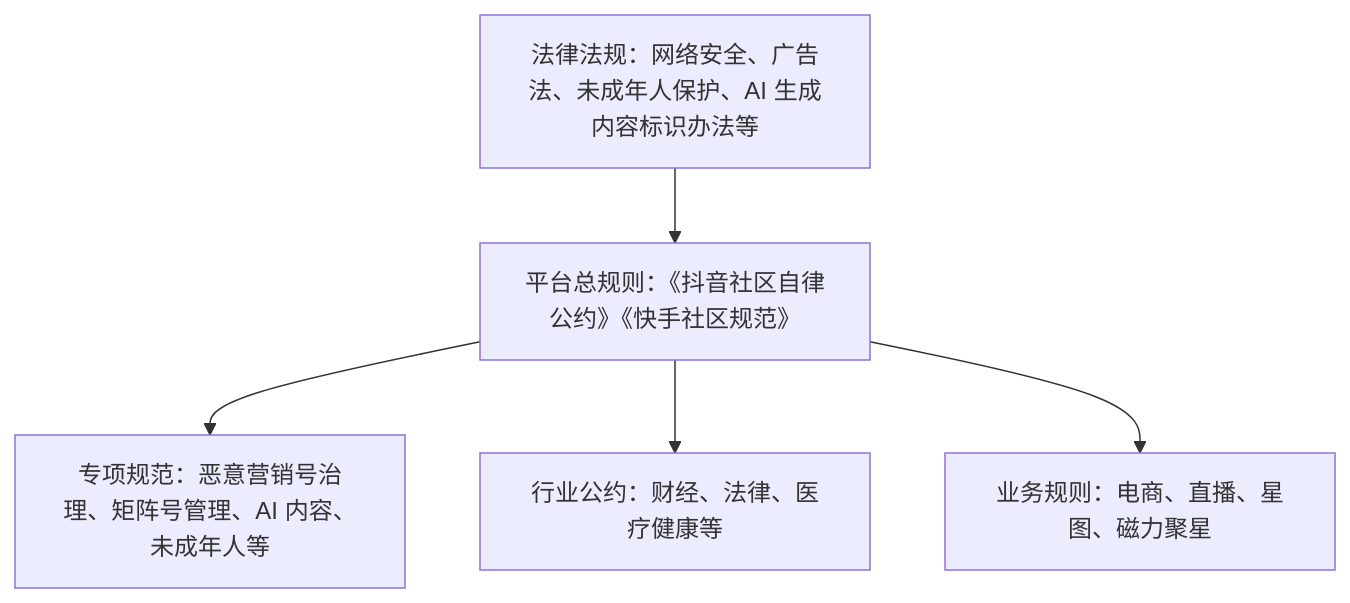
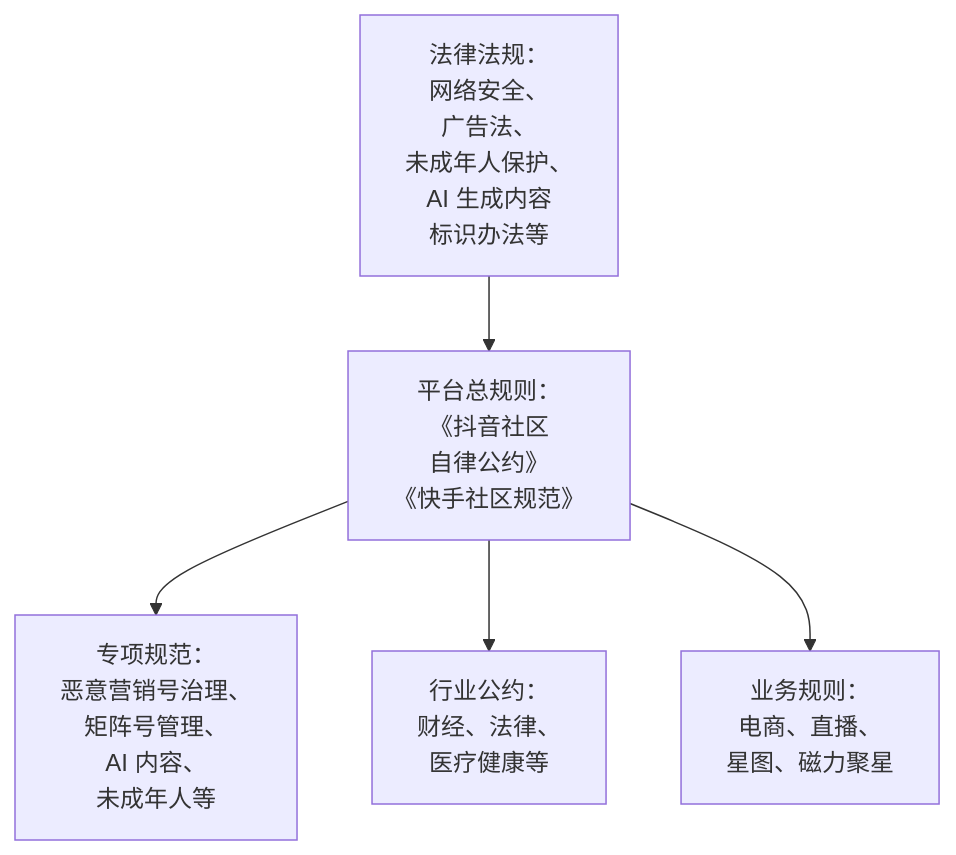
One commit to jarvis-pro/hatch-shelf changed the diagram in books/douyin-kuaishou/08-violations-appeals.md. Above: the diagram before and after it, drawn with Mermaid. The commit also changed 432 other files, not shown here.

````diff
--- a/books/douyin-kuaishou/08-violations-appeals.md
+++ b/books/douyin-kuaishou/08-violations-appeals.md
@@ -12,7 +12,7 @@
 ```mermaid
 flowchart TD
-  L["法律法规：网络安全、广告法、未成年人保护、AI 生成内容标识办法等"] --> C["平台总规则：《抖音社区自律公约》《快手社区规范》"]
-  C --> S["专项规范：恶意营销号治理、矩阵号管理、AI 内容、未成年人等"]
-  C --> I["行业公约：财经、法律、医疗健康等"]
-  C --> B["业务规则：电商、直播、星图、磁力聚星"]
+  L["法律法规：<br/>网络安全、<br/>广告法、<br/>未成年人保护、<br/>AI 生成内容<br/>标识办法等"] --> C["平台总规则：<br/>《抖音社区<br/>自律公约》<br/>《快手社区规范》"]
+  C --> S["专项规范：<br/>恶意营销号治理、<br/>矩阵号管理、<br/>AI 内容、<br/>未成年人等"]
+  C --> I["行业公约：<br/>财经、法律、<br/>医疗健康等"]
+  C --> B["业务规则：<br/>电商、直播、<br/>星图、磁力聚星"]
 ```
````
